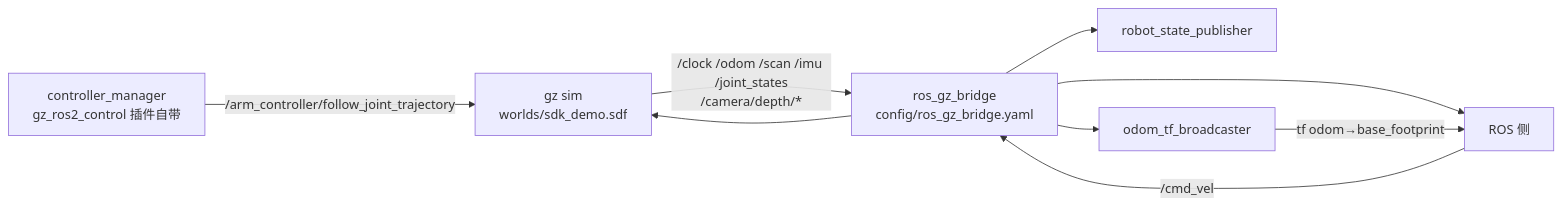
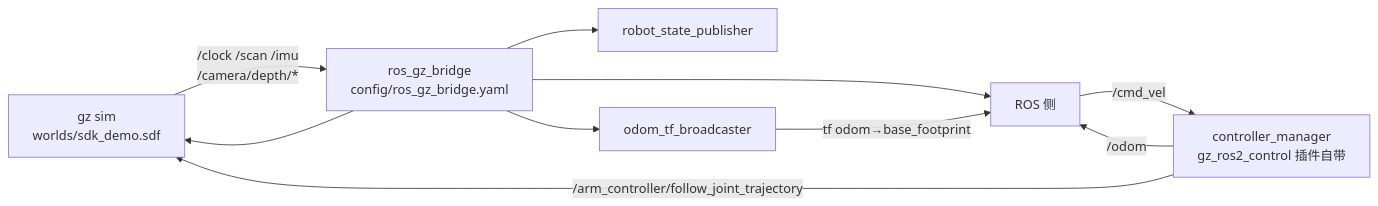
The fourth of 7 diagrams in docs/file-map.md (yishenzhu/mobile-manipulator-sdk), drawn with Mermaid before and after one commit. The commit also changed other lines of this file and 8 other files, not shown here.

````diff
--- a/docs/file-map.md
+++ b/docs/file-map.md
@@ -146,17 +146,18 @@
 ```mermaid
 flowchart LR
   GZ["gz sim<br/>worlds/sdk_demo.sdf"]
   BR["ros_gz_bridge<br/>config/ros_gz_bridge.yaml"]
   RSP["robot_state_publisher"]
   OTB["odom_tf_broadcaster"]
   CM["controller_manager<br/>gz_ros2_control 插件自带"]
 
-  GZ -->|"/clock /odom /scan /imu /joint_states<br/>/camera/depth/*"| BR
+  GZ -->|"/clock /scan /imu<br/>/camera/depth/*"| BR
   BR --> RSP
   BR --> OTB
   BR --> ROS["ROS 侧"]
-  ROS -->|"/cmd_vel"| BR
+  ROS -->|"/cmd_vel"| CM
+  CM -->|"/odom"| ROS
   BR --> GZ
   OTB -->|"tf odom→base_footprint"| ROS
   CM -->|"/arm_controller/follow_joint_trajectory"| GZ
 ```
````
